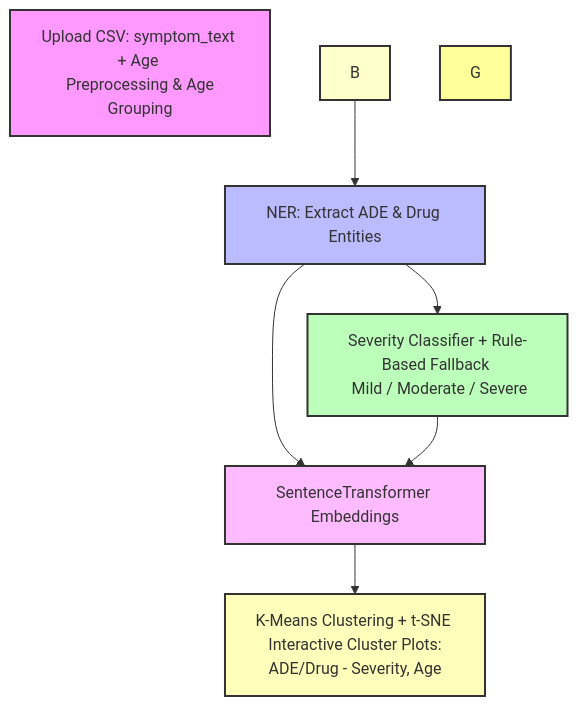
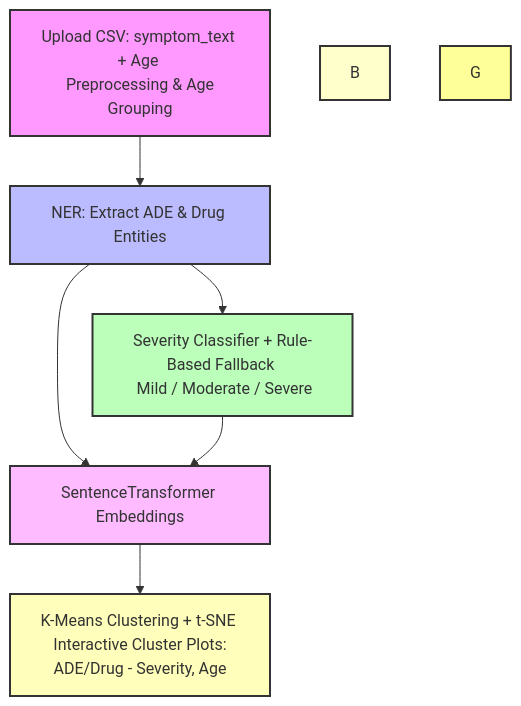
The fourth of 4 diagrams in README.md (Sugiuma/ADEGuard), drawn with Mermaid before and after one commit.

````diff
--- a/README.md
+++ b/README.md
@@ -224,22 +224,22 @@
 ```mermaid
 flowchart TD
     A[Upload CSV: symptom_text + Age <br> Preprocessing & Age Grouping]
 
-    B --> C[NER: Extract ADE & Drug Entities]
+    A --> C[NER: Extract ADE & Drug Entities]
 
     C --> D[Severity Classifier + Rule-Based Fallback <br> Mild / Moderate / Severe ]
 
     C --> E[SentenceTransformer Embeddings]
     D --> E
 
     E --> F[K-Means Clustering + t-SNE <br> Interactive Cluster Plots: ADE/Drug - Severity, Age]
    
 
     style A fill:#f9f,stroke:#333,stroke-width:2px
     style B fill:#ffc,stroke:#333,stroke-width:2px
     style C fill:#bbf,stroke:#333,stroke-width:2px
     style D fill:#bfb,stroke:#333,stroke-width:2px
     style E fill:#fbf,stroke:#333,stroke-width:2px
     style F fill:#ffb,stroke:#333,stroke-width:2px
     style G fill:#ff9,stroke:#333,stroke-width:2px
 ```
````
